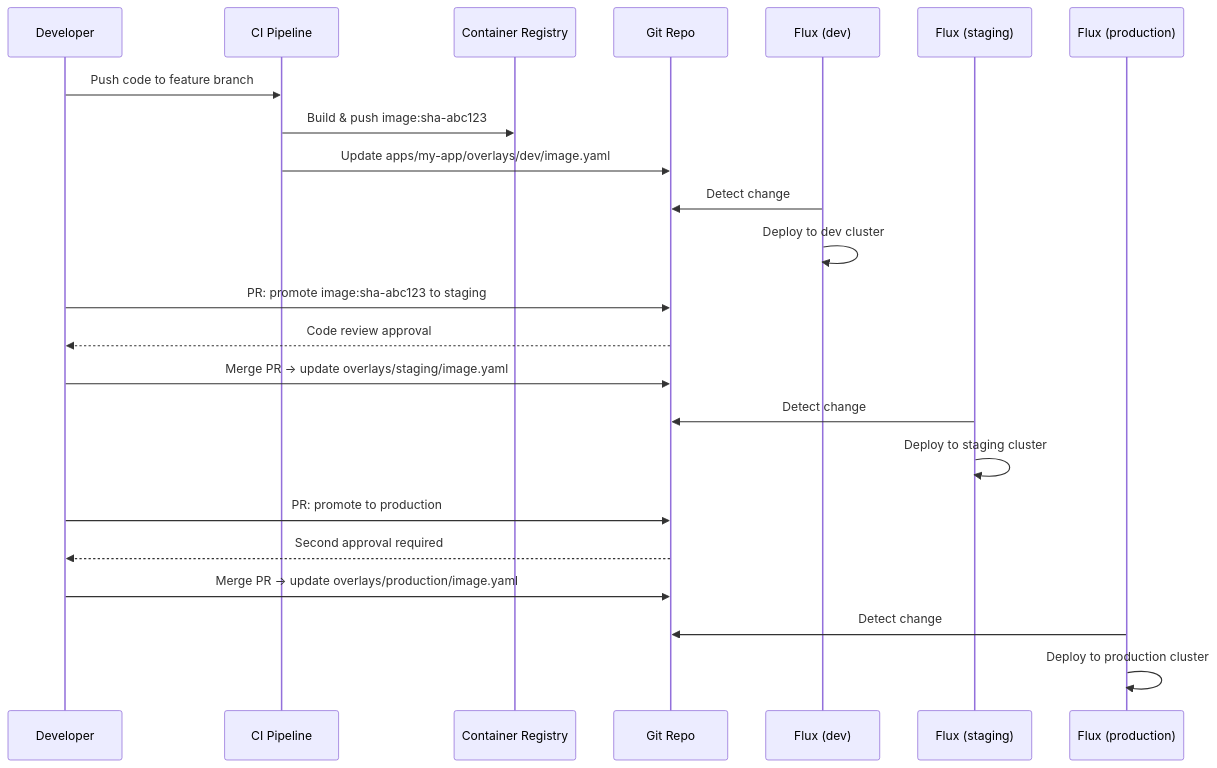
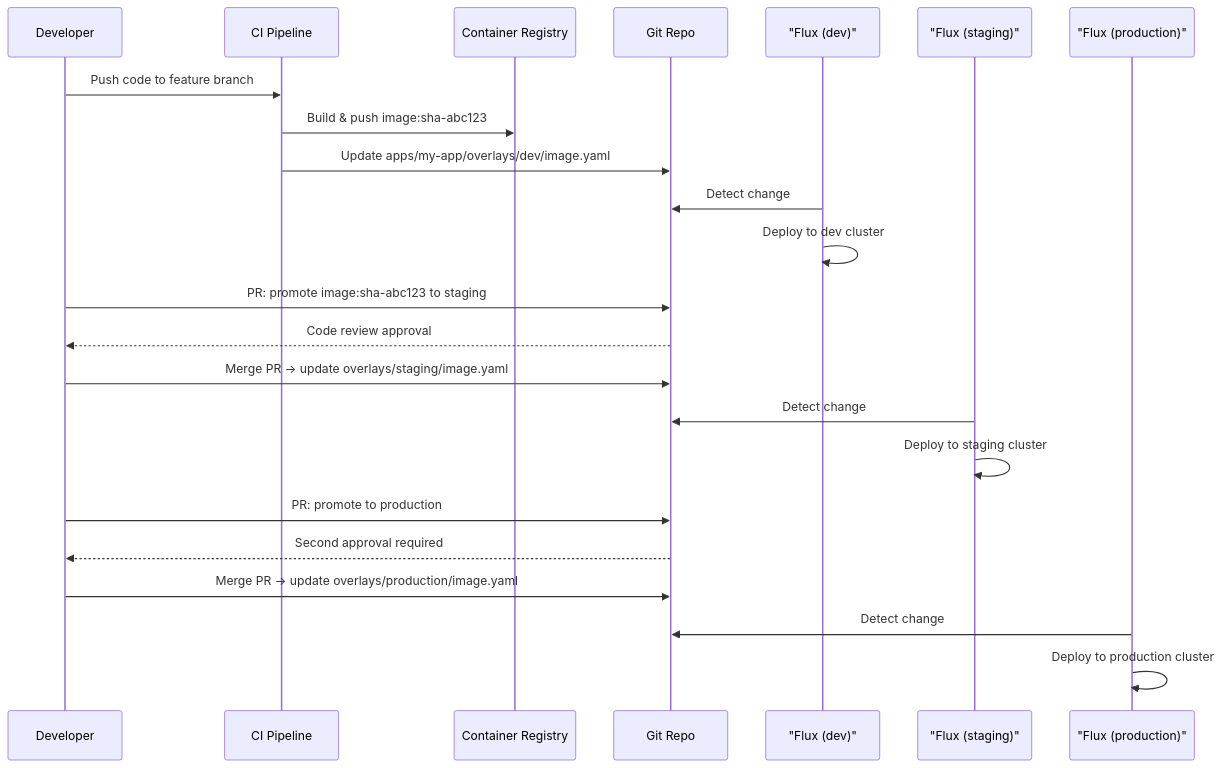
The first of 5 diagrams in 11_gitops/04_managing_apps_with_gitops.md (UncleJS/course_k3s), drawn with Mermaid before and after one commit. The commit also changed other lines of this file and 45 other files, not shown here.

First line of the commit message:
Expand all course lessons: Mermaid diagrams + rich prose across 43 files

````diff
--- a/11_gitops/04_managing_apps_with_gitops.md
+++ b/11_gitops/04_managing_apps_with_gitops.md
@@ -328,28 +331,28 @@
 ```mermaid
 sequenceDiagram
     participant Dev as Developer
     participant CI as CI Pipeline
     participant Reg as Container Registry
     participant Git as Git Repo
-    participant FluxDev as Flux (dev)
-    participant FluxStage as Flux (staging)
-    participant FluxProd as Flux (production)
+    participant FluxDev as "Flux (dev)"
+    participant FluxStage as "Flux (staging)"
+    participant FluxProd as "Flux (production)"
 
     Dev->>CI: Push code to feature branch
     CI->>Reg: Build & push image:sha-abc123
     CI->>Git: Update apps/my-app/overlays/dev/image.yaml
     FluxDev->>Git: Detect change
     FluxDev->>FluxDev: Deploy to dev cluster
 
     Dev->>Git: PR: promote image:sha-abc123 to staging
     Git-->>Dev: Code review approval
     Dev->>Git: Merge PR → update overlays/staging/image.yaml
     FluxStage->>Git: Detect change
     FluxStage->>FluxStage: Deploy to staging cluster
 
     Dev->>Git: PR: promote to production
     Git-->>Dev: Second approval required
     Dev->>Git: Merge PR → update overlays/production/image.yaml
     FluxProd->>Git: Detect change
     FluxProd->>FluxProd: Deploy to production cluster
 ```
````
